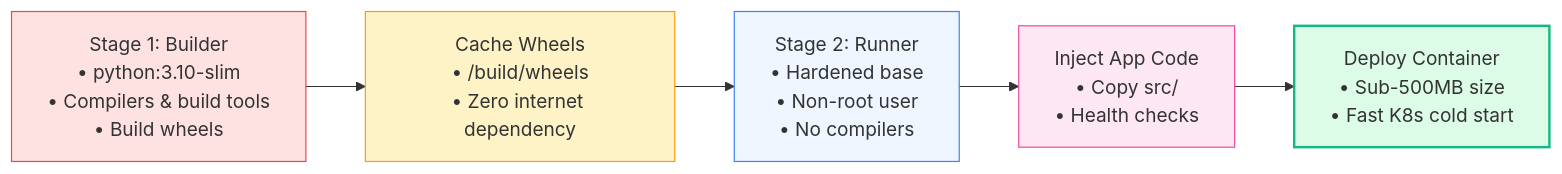
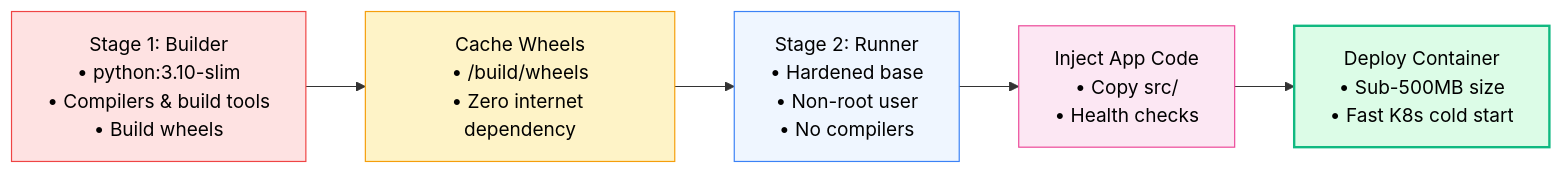
One commit to swapnil3104/RAG-Engineering changed the third of 3 diagrams in 09-RAG-Deployment-and-Production/Docker.md. Above: the diagram before and after it, drawn with Mermaid. The commit also changed other lines of this file and 108 other files, not shown here.

Commit message:
fix: make chart text visible across all Mermaid diagrams and resolve markdown table formatting issues

````diff
--- a/09-RAG-Deployment-and-Production/Docker.md
+++ b/09-RAG-Deployment-and-Production/Docker.md
@@ -457,13 +457,13 @@
 ```mermaid
 flowchart LR
     A["Stage 1: Builder<br/>• python:3.10-slim<br/>• Compilers & build tools<br/>• Build wheels"] --> B["Cache Wheels<br/>• /build/wheels<br/>• Zero internet dependency"]
     B --> C["Stage 2: Runner<br/>• Hardened base<br/>• Non-root user<br/>• No compilers"]
     C --> D["Inject App Code<br/>• Copy src/<br/>• Health checks"]
     D --> E["Deploy Container<br/>• Sub-500MB size<br/>• Fast K8s cold start"]
 
-    style A fill:#fee2e2,stroke:#ef4444
-    style B fill:#fef3c7,stroke:#f59e0b
-    style C fill:#eff6ff,stroke:#3b82f6
-    style D fill:#fce7f3,stroke:#ec4899
-    style E fill:#dcfce7,stroke:#10b981,stroke-width:2px
+    style A fill:#fee2e2,stroke:#ef4444,color:#000000
+    style B fill:#fef3c7,stroke:#f59e0b,color:#000000
+    style C fill:#eff6ff,stroke:#3b82f6,color:#000000
+    style D fill:#fce7f3,stroke:#ec4899,color:#000000
+    style E fill:#dcfce7,stroke:#10b981,stroke-width:2px,color:#000000
 ```
````
